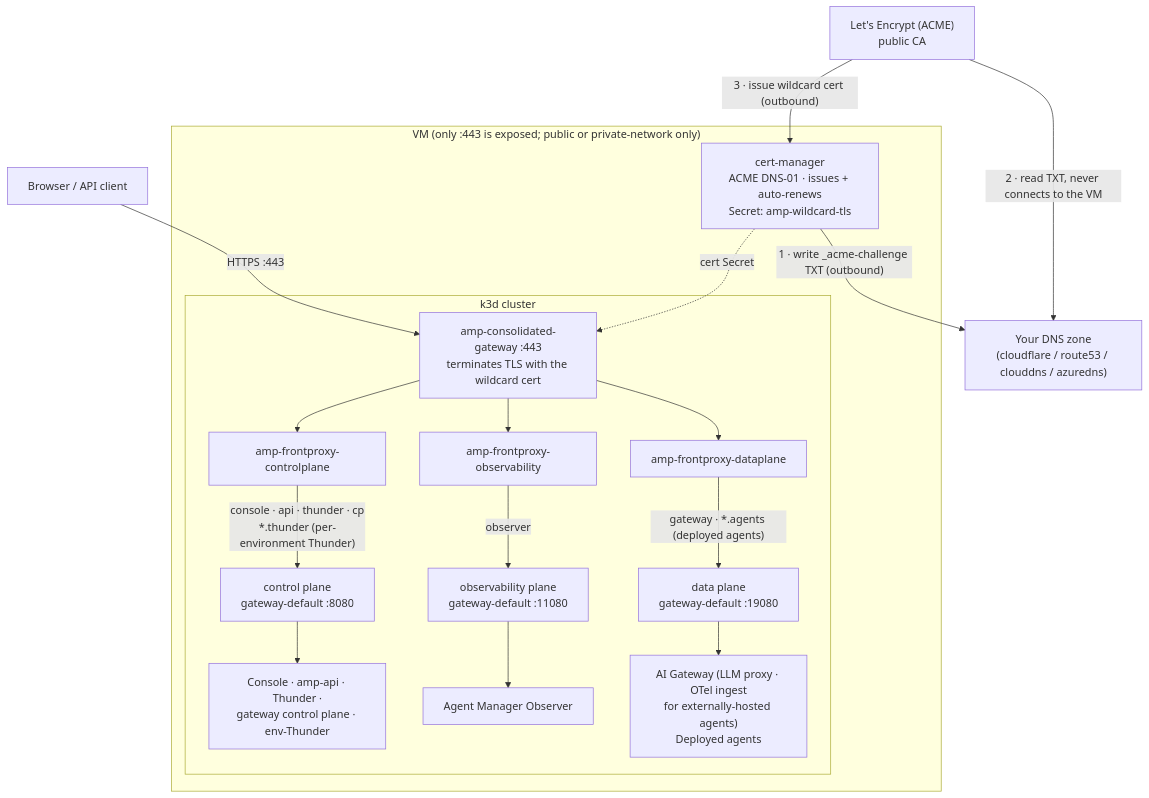
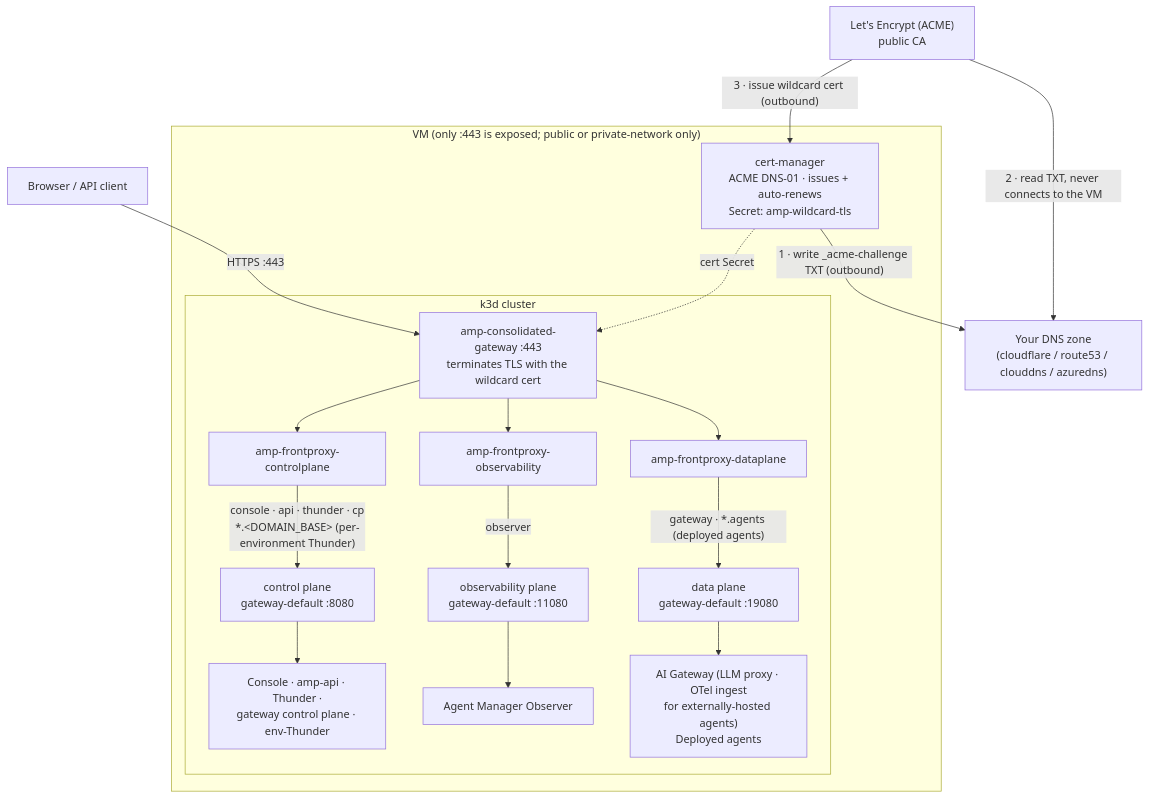
The second of 3 diagrams in docs/getting-started/on-a-vm.mdx (IsuruVithanage/docs-agent-platform), drawn with Mermaid before and after one commit. The commit also changed other lines of this file and 2 other files, not shown here.

````diff
--- a/docs/getting-started/on-a-vm.mdx
+++ b/docs/getting-started/on-a-vm.mdx
@@ -283,42 +283,42 @@
 ```mermaid
 flowchart TB
     client["Browser / API client"]
     le["Let's Encrypt (ACME)<br/>public CA"]
     dnszone["Your DNS zone<br/>(cloudflare / route53 / clouddns / azuredns)"]
 
     subgraph vm["VM (only :443 is exposed; public or private-network only)"]
         cm["cert-manager<br/>ACME DNS-01 · issues + auto-renews<br/>Secret: amp-wildcard-tls"]
 
         subgraph k3d["k3d cluster"]
             cons["amp-consolidated-gateway :443<br/>terminates TLS with the wildcard cert"]
 
             r1["amp-frontproxy-controlplane"]
             r2["amp-frontproxy-observability"]
             r3["amp-frontproxy-dataplane"]
 
             cpgw["control plane<br/>gateway-default :8080"]
             obsgw["observability plane<br/>gateway-default :11080"]
             dpgw["data plane<br/>gateway-default :19080"]
 
             cpsvc["Console · amp-api · Thunder ·<br/>gateway control plane · env-Thunder"]
             obssvc["Agent Manager Observer"]
             dpsvc["AI Gateway (LLM proxy · OTel ingest<br/>for externally-hosted agents)<br/>Deployed agents"]
         end
     end
 
     client -->|"HTTPS :443"| cons
     cm -->|"1 · write _acme-challenge TXT (outbound)"| dnszone
     le -->|"2 · read TXT, never connects to the VM"| dnszone
     le -->|"3 · issue wildcard cert (outbound)"| cm
     cm -.->|"cert Secret"| cons
 
     cons --> r1
     cons --> r2
     cons --> r3
-    r1 -->|"console · api · thunder · cp<br/>*.thunder (per-environment Thunder)"| cpgw
+    r1 -->|"console · api · thunder · cp<br/>*.&lt;DOMAIN_BASE&gt; (per-environment Thunder)"| cpgw
     r2 -->|"observer"| obsgw
     r3 -->|"gateway · *.agents (deployed agents)"| dpgw
     cpgw --> cpsvc
     obsgw --> obssvc
     dpgw --> dpsvc
 ```
````
